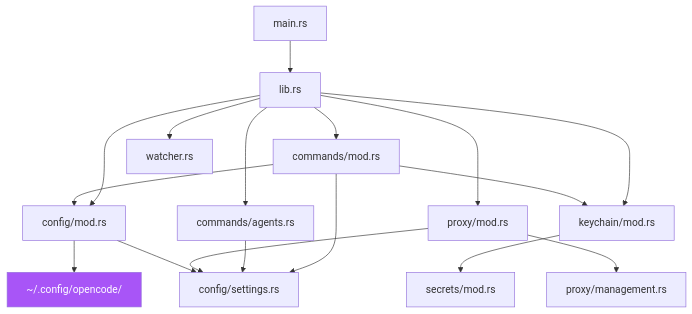
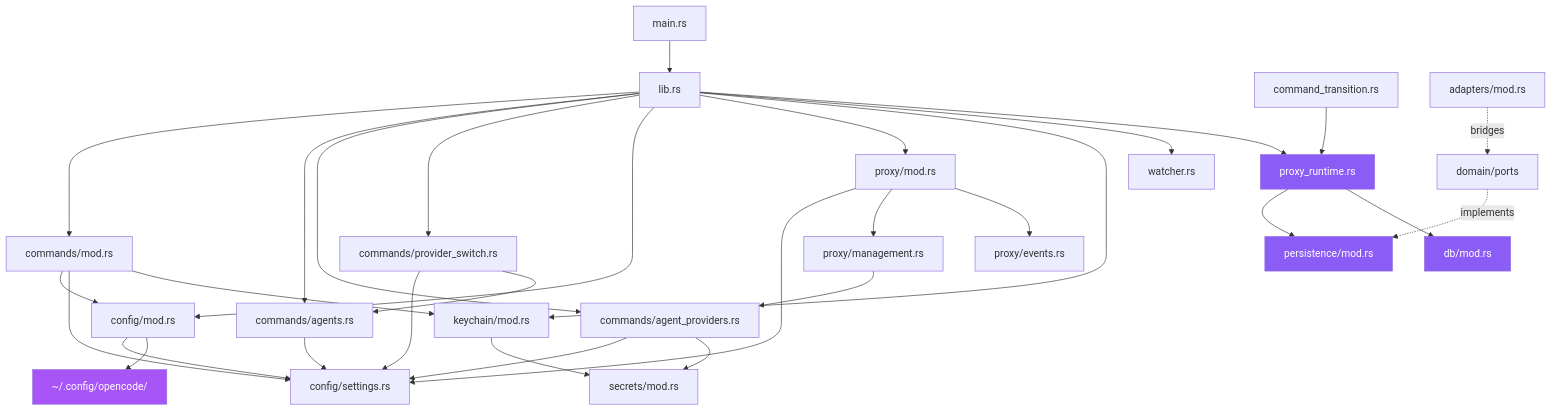
Before and after one commit to HieuAnh87/aether: the fourth of 4 diagrams in ARCHITECTURE.md, drawn with Mermaid. The commit also changed other lines of this file, not shown here.

First line of the commit message:
docs: update ARCHITECTURE.md to reflect recent codebase changes

````diff
--- a/ARCHITECTURE.md
+++ b/ARCHITECTURE.md
@@ -496,26 +687,48 @@
 ```mermaid
 graph TD
     main_rs[main.rs] --> lib_rs[lib.rs]
     lib_rs --> cmd_mod[commands/mod.rs]
     lib_rs --> cmd_agents[commands/agents.rs]
+    lib_rs --> cmd_agent_prov[commands/agent_providers.rs]
+    lib_rs --> cmd_prov_switch[commands/provider_switch.rs]
     lib_rs --> config_mod[config/mod.rs]
     lib_rs --> proxy_mod[proxy/mod.rs]
     lib_rs --> keychain[keychain/mod.rs]
     lib_rs --> watcher[watcher.rs]
+    lib_rs --> proxy_runtime[proxy_runtime.rs]
 
     cmd_mod --> config_mod
     cmd_mod --> config_settings[config/settings.rs]
     cmd_mod --> keychain
 
     cmd_agents --> config_settings
 
+    cmd_agent_prov --> config_settings
+    cmd_agent_prov --> secrets[secrets/mod.rs]
+
+    cmd_prov_switch --> config_settings
+    cmd_prov_switch --> cmd_agents
+
     proxy_mod --> config_settings
     proxy_mod --> proxy_mgmt[proxy/management.rs]
+    proxy_mod --> proxy_events[proxy/events.rs]
+
+    proxy_mgmt --> cmd_agent_prov
 
     config_mod --> config_settings
-    config_mod --> opencode_dir["~/.config/opencode/"]
+    config_mod --> opencode_dir[~/.config/opencode/]
 
-    keychain --> secrets[secrets/mod.rs]
+    keychain --> secrets
+
+    %% Clean Architecture
+    proxy_runtime --> persistence[persistence/mod.rs]
+    proxy_runtime --> db[db/mod.rs]
+    cmd_transition[command_transition.rs] --> proxy_runtime
+    domain_ports[domain/ports] -.->|implements| persistence
+    adapters[adapters/mod.rs] -.->|bridges| domain_ports
 
     style opencode_dir fill:#a855f7,color:#fff
+    style proxy_runtime fill:#8b5cf6,color:#fff
+    style persistence fill:#8b5cf6,color:#fff
+    style db fill:#8b5cf6,color:#fff
 ```
````
